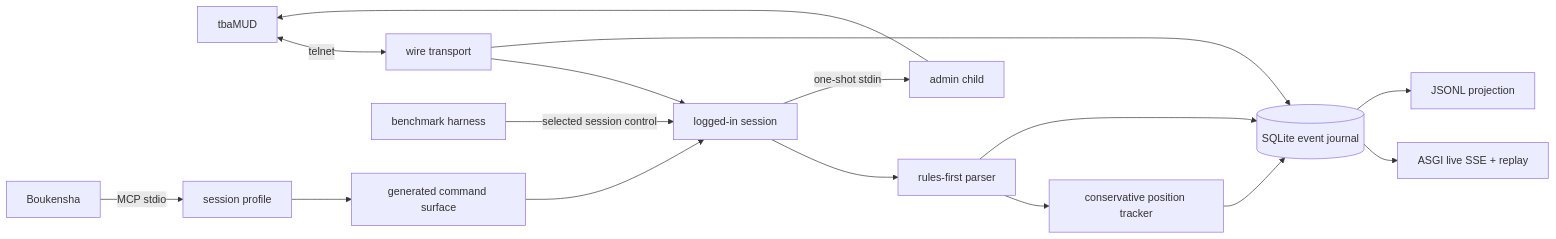
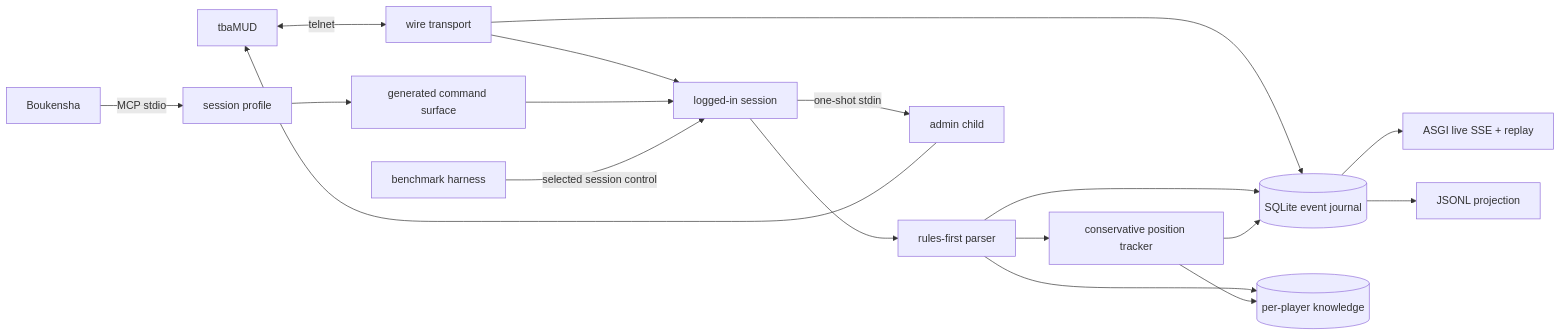
One commit to IbnouT/claude-code-camp-2026-Q2 changed the first of 3 diagrams in week2_capable/gateway/README.md. Above: the diagram before and after it, drawn with Mermaid. The commit also changed other lines of this file and 20 other files, not shown here.

Commit message:
Add per-player observable knowledge

````diff
--- a/week2_capable/gateway/README.md
+++ b/week2_capable/gateway/README.md
@@ -7,18 +7,20 @@
 ```mermaid
 flowchart LR
     G["tbaMUD"] <-- telnet --> W["wire transport"]
     W --> S["logged-in session"]
     W --> J[("SQLite event journal")]
     S --> O["rules-first parser"]
     O --> T["conservative position tracker"]
     O --> J
     T --> J
+    O --> K[("per-player knowledge")]
+    T --> K
     J --> V["ASGI live SSE + replay"]
     J --> X["JSONL projection"]
     A["Boukensha"] -- MCP stdio --> P["session profile"]
     P --> M["generated command surface"]
     M --> S
     B["benchmark harness"] -- selected session control --> S
     S -- one-shot stdin --> R["admin child"]
     R --> G
 ```
````
